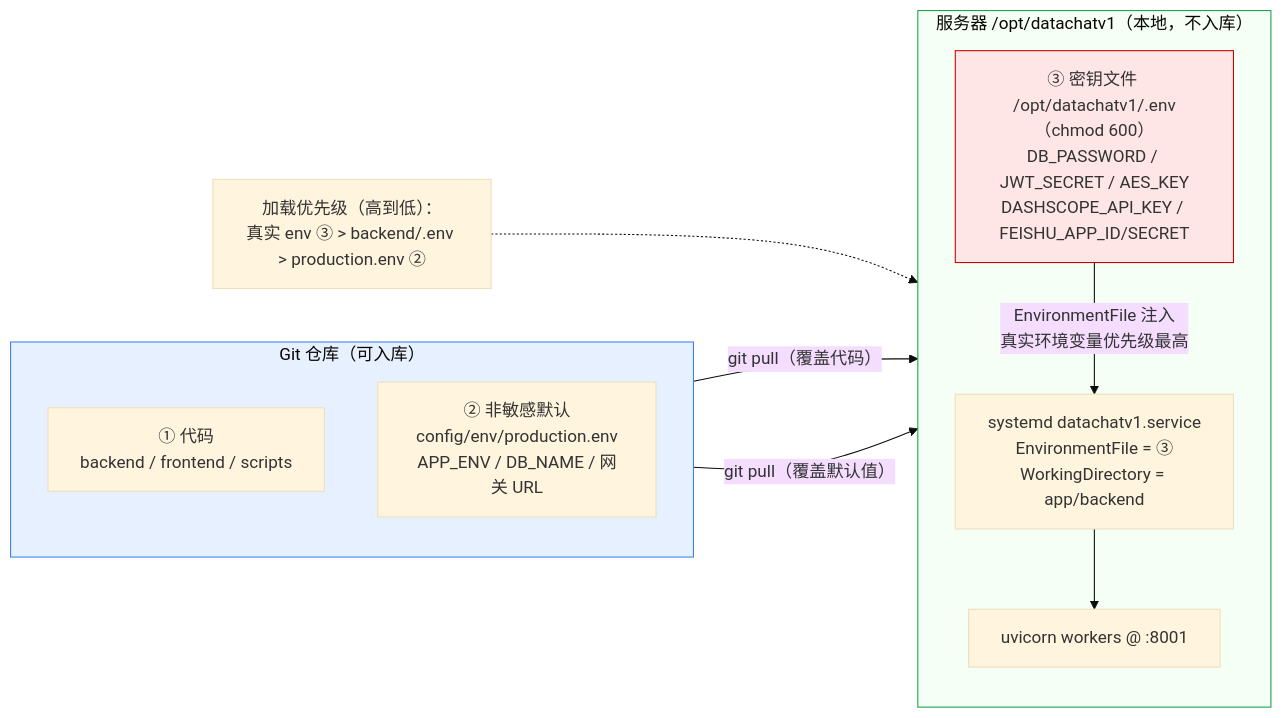
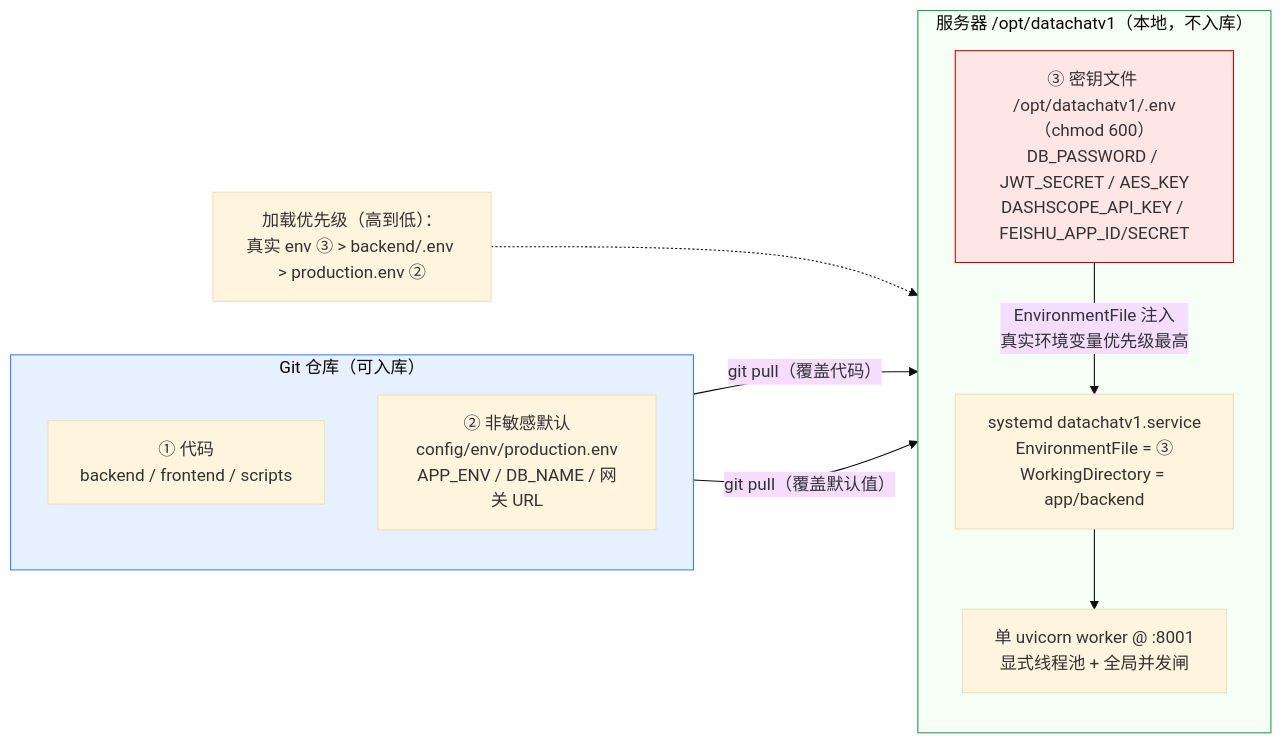
The fourth of 5 diagrams in docs/ARCHITECTURE.md (YJLBigData/DataChatV1), drawn with Mermaid (base theme) before and after one commit. The commit also changed other lines of this file and 2 other files, not shown here.

````diff
--- a/docs/ARCHITECTURE.md
+++ b/docs/ARCHITECTURE.md
@@ -143,26 +169,26 @@
 ```mermaid
 flowchart LR
     subgraph git["Git 仓库（可入库）"]
         direction TB
         CODE["① 代码<br/>backend / frontend / scripts"]
         DEF["② 非敏感默认<br/>config/env/production.env<br/>APP_ENV / DB_NAME / 网关 URL"]
     end
 
     subgraph server["服务器 /opt/datachatv1（本地，不入库）"]
         direction TB
         SEC["③ 密钥文件 /opt/datachatv1/.env（chmod 600）<br/>DB_PASSWORD / JWT_SECRET / AES_KEY<br/>DASHSCOPE_API_KEY / FEISHU_APP_ID/SECRET"]
         SVC["systemd datachatv1.service<br/>EnvironmentFile = ③<br/>WorkingDirectory = app/backend"]
-        RUN["uvicorn workers @ :8001"]
+        RUN["单 uvicorn worker @ :8001<br/>显式线程池 + 全局并发闸"]
     end
 
     CODE -- "git pull（覆盖代码）" --> server
     DEF -- "git pull（覆盖默认值）" --> server
     SEC -- "EnvironmentFile 注入<br/>真实环境变量优先级最高" --> SVC --> RUN
 
     NOTE["加载优先级（高到低）：<br/>真实 env ③ > backend/.env > production.env ②"]
     NOTE -.-> RUN
 
     style git fill:#e6f0ff,stroke:#3b82f6
     style SEC fill:#ffe6e6,stroke:#cc0000
     style server fill:#f6fff6,stroke:#16a34a
 ```
````
